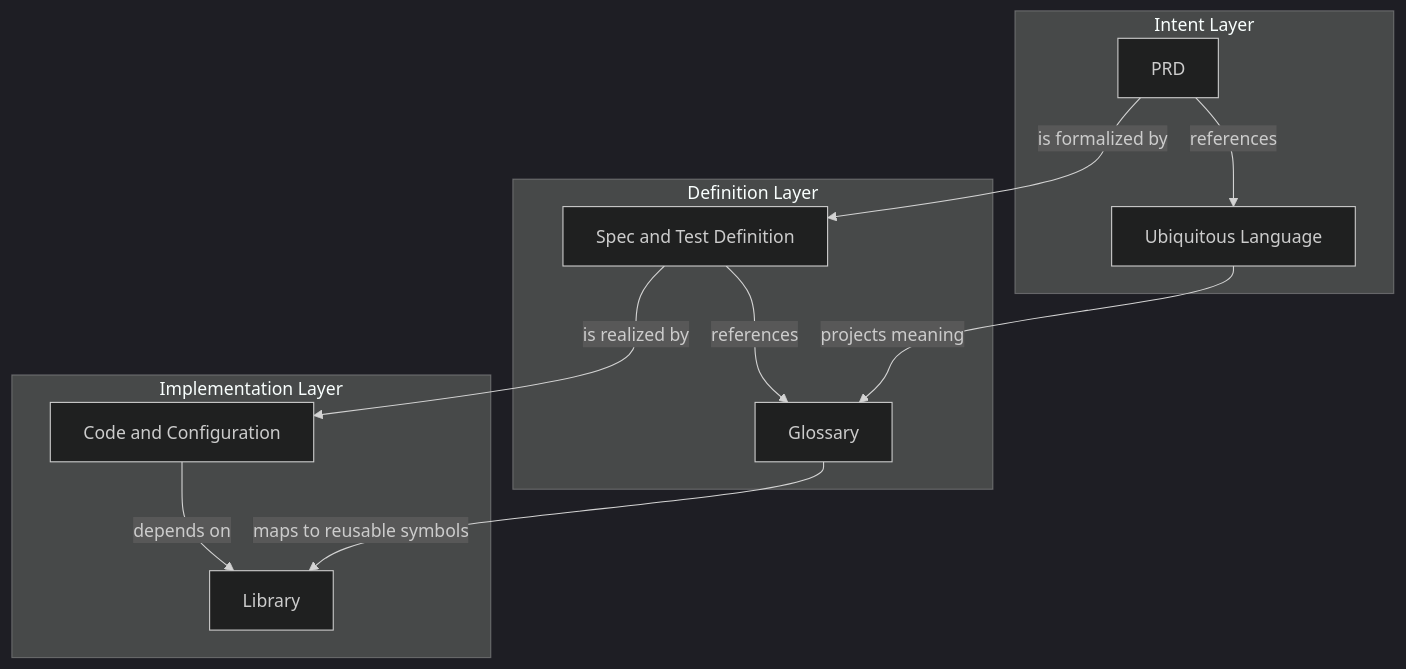
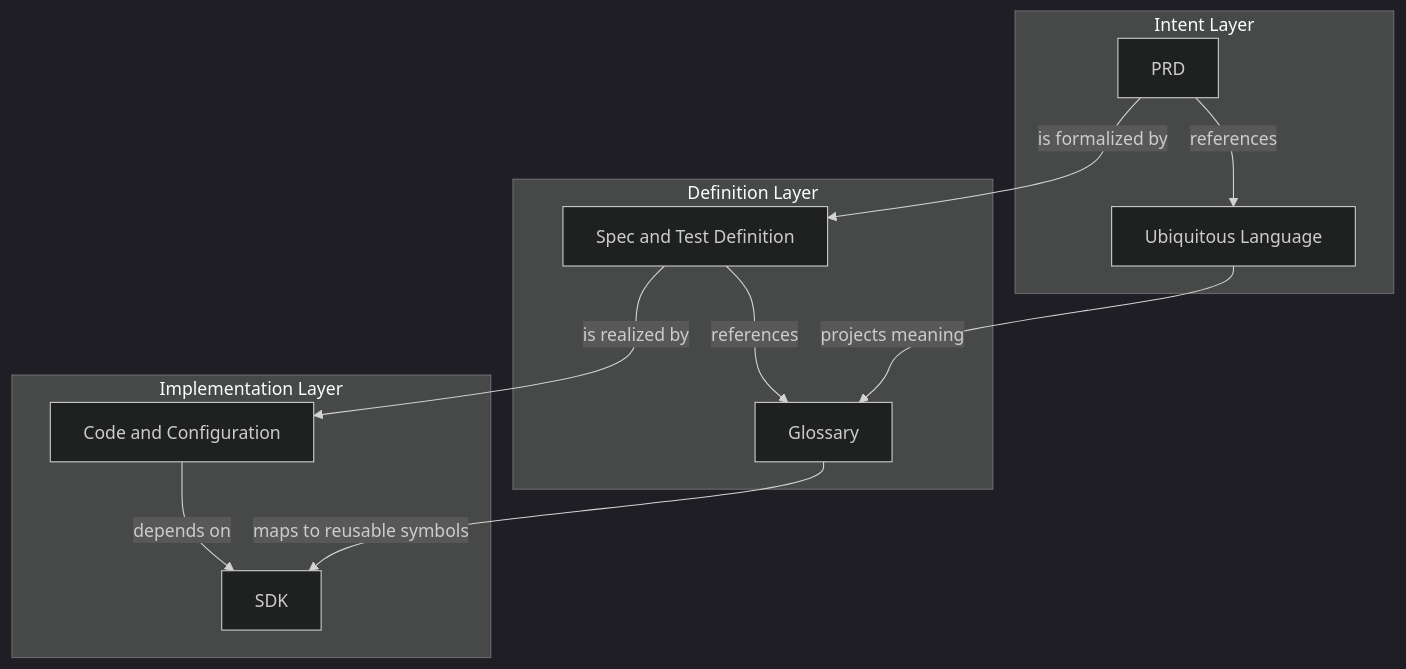
Before and after one commit to IndenScale/docs-hygiene: the diagram in docs/position/01_reference_and_subject_across_three_layers.md, drawn with Mermaid (dark theme). The commit also changed other lines of this file and 25 other files, not shown here.

Commit message:
feat: establish three-layer governance architecture

````diff
--- a/docs/position/01_reference_and_subject_across_three_layers.md
+++ b/docs/position/01_reference_and_subject_across_three_layers.md
@@ -30,25 +31,25 @@
 ```mermaid
 flowchart TB
     subgraph Intent[Intent Layer]
         UL[Ubiquitous Language]
         PRD[PRD]
         PRD -->|references| UL
     end
 
     subgraph Definition[Definition Layer]
         Glossary[Glossary]
         Spec[Spec and Test Definition]
         Spec -->|references| Glossary
     end
 
     subgraph Implementation[Implementation Layer]
-        Library[Library]
+        SDK[SDK]
         Code[Code and Configuration]
-        Code -->|depends on| Library
+        Code -->|depends on| SDK
     end
 
     UL -->|projects meaning| Glossary
-    Glossary -->|maps to reusable symbols| Library
+    Glossary -->|maps to reusable symbols| SDK
     PRD -->|is formalized by| Spec
     Spec -->|is realized by| Code
 ```
````
